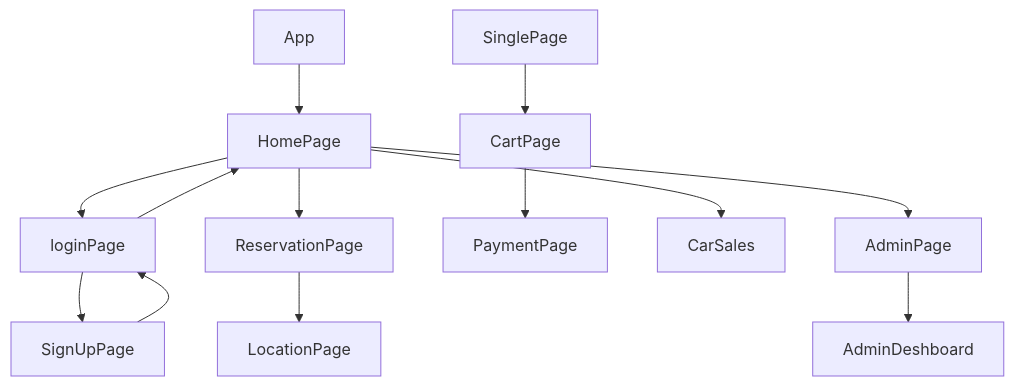
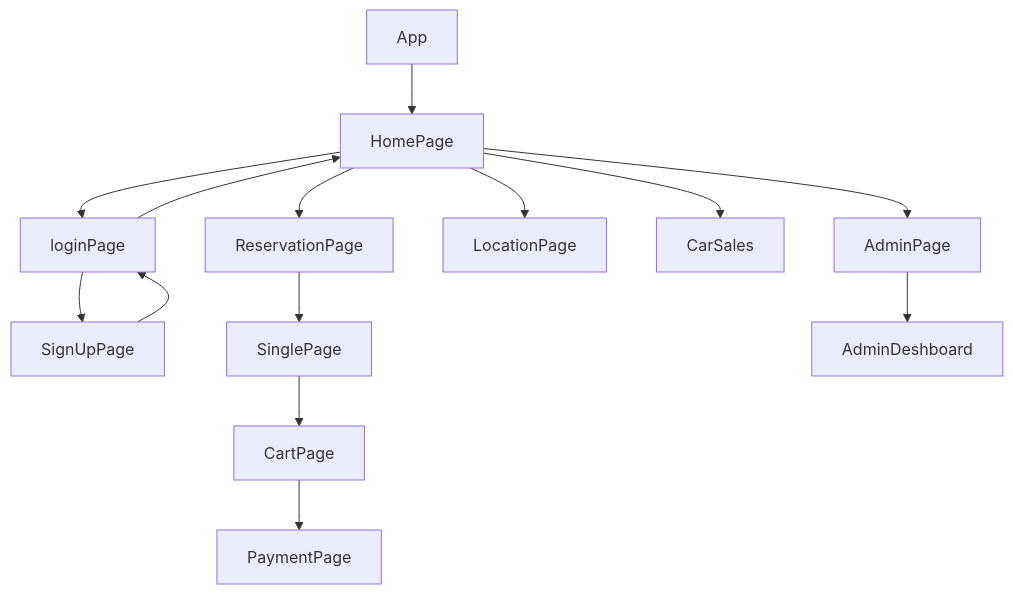
The diagram in README.md (shikhu51197/Avis-Rentals), drawn with Mermaid before and after one commit.

````diff
--- a/README.md
+++ b/README.md
@@ -78,15 +78,16 @@
 ```mermaid
 graph TD;
     App-->HomePage
     HomePage-->loginPage;
     loginPage-->SignUpPage;
       SignUpPage-->loginPage;
        loginPage-->HomePage;
        HomePage --> ReservationPage
-       ReservationPage-->LocationPage
+       ReservationPage-->SinglePage
        SinglePage --> CartPage
        CartPage-->PaymentPage
+       HomePage -->LocationPage
        HomePage -->CarSales
        HomePage --> AdminPage
        AdminPage-->AdminDeshboard
 ```
````
